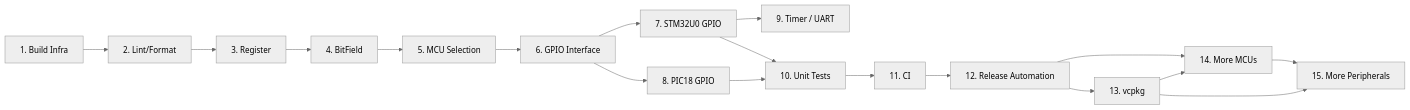
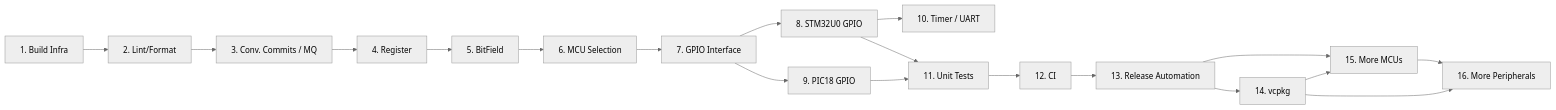
One commit to grahame-org/ohal changed the fourth of 13 diagrams in docs/plan.md. Above: the diagram before and after it, drawn with Mermaid (neutral theme). The commit also changed other lines of this file and 16 other files, not shown here.

````diff
--- a/docs/plan.md
+++ b/docs/plan.md
@@ -343,20 +344,21 @@
 ```mermaid
 graph LR
     S1[1. Build Infra] --> S2[2. Lint/Format]
-    S2 --> S3[3. Register]
-    S3 --> S4[4. BitField]
-    S4 --> S5[5. MCU Selection]
-    S5 --> S6[6. GPIO Interface]
-    S6 --> S7[7. STM32U0 GPIO]
-    S6 --> S8[8. PIC18 GPIO]
-    S7 --> S9[9. Timer / UART]
-    S7 --> S10[10. Unit Tests]
-    S8 --> S10
-    S10 --> S11[11. CI]
-    S11 --> S12[12. Release Automation]
-    S12 --> S13[13. vcpkg]
-    S12 --> S14[14. More MCUs]
-    S13 --> S14
-    S14 --> S15[15. More Peripherals]
-    S13 --> S15
+    S2 --> S3[3. Conv. Commits / MQ]
+    S3 --> S4[4. Register]
+    S4 --> S5[5. BitField]
+    S5 --> S6[6. MCU Selection]
+    S6 --> S7[7. GPIO Interface]
+    S7 --> S8[8. STM32U0 GPIO]
+    S7 --> S9[9. PIC18 GPIO]
+    S8 --> S10[10. Timer / UART]
+    S8 --> S11[11. Unit Tests]
+    S9 --> S11
+    S11 --> S12[12. CI]
+    S12 --> S13[13. Release Automation]
+    S13 --> S14[14. vcpkg]
+    S13 --> S15[15. More MCUs]
+    S14 --> S15
+    S15 --> S16[16. More Peripherals]
+    S14 --> S16
 ```
````
